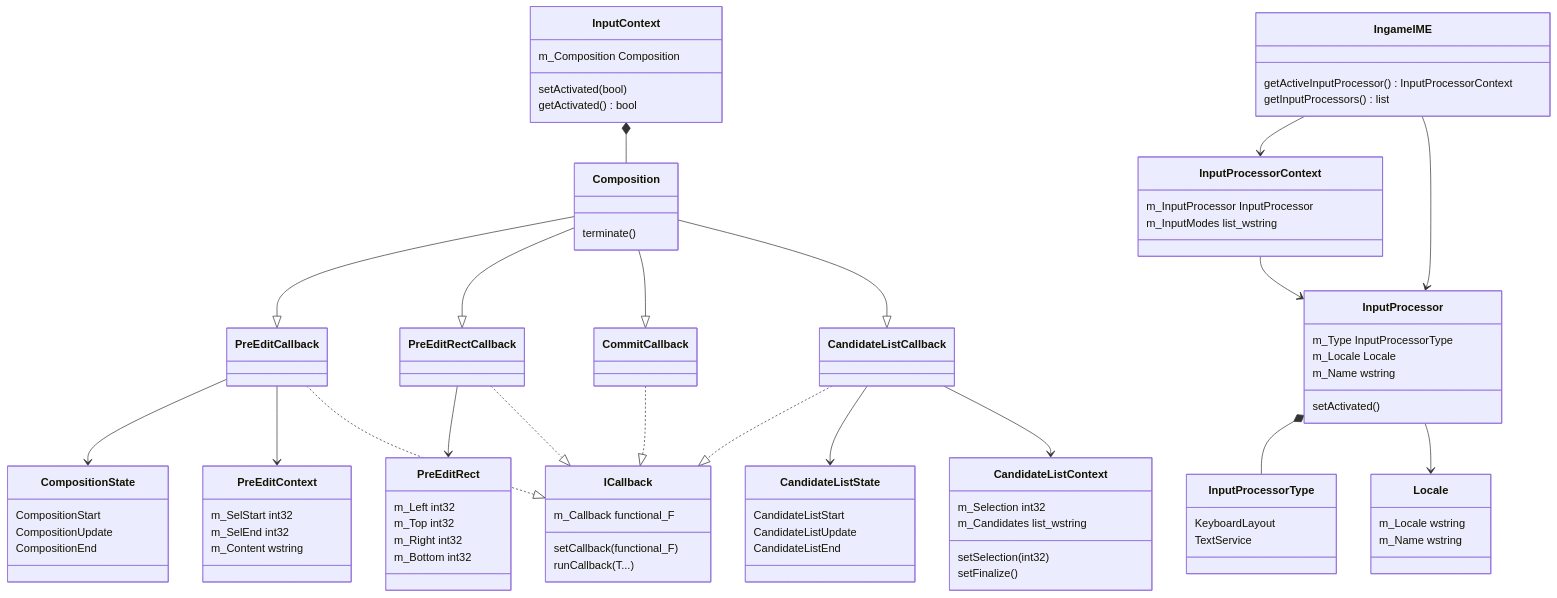
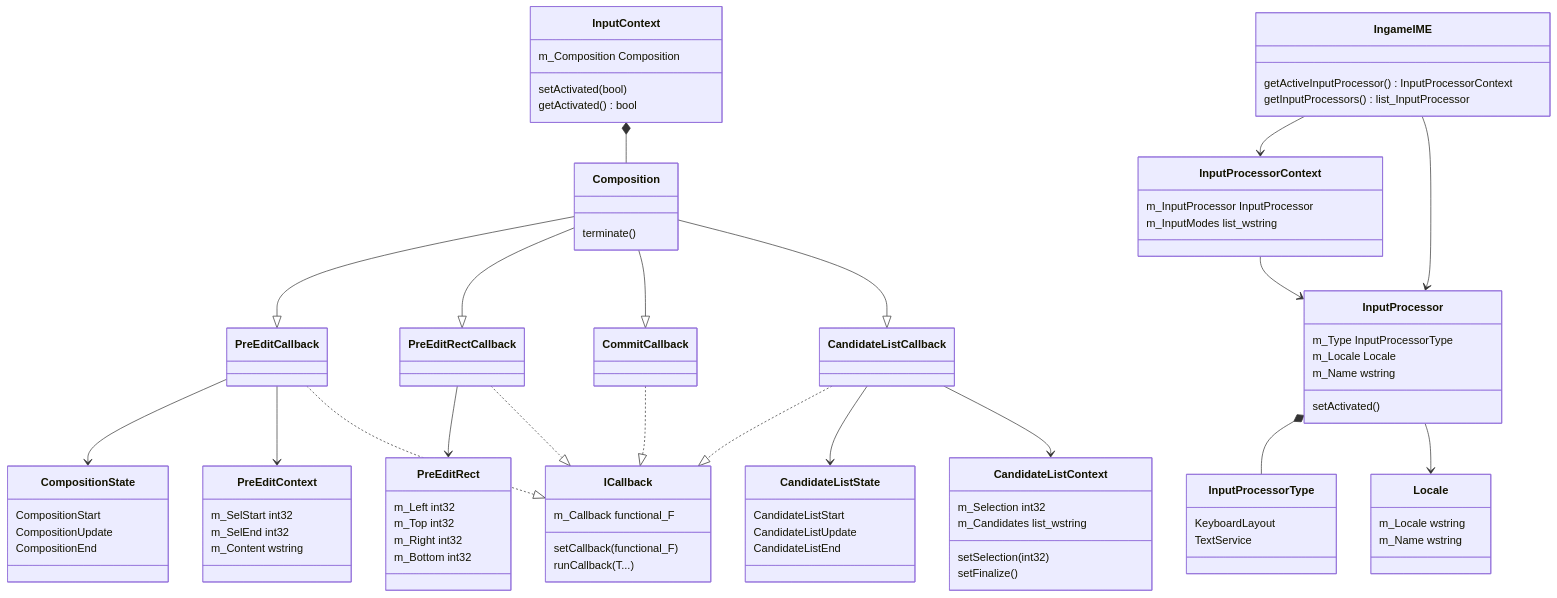
One commit to Windmill-City/IngameIME-Common changed the diagram in README.md. Above: the diagram before and after it, drawn with Mermaid.

Commit message:
Fix Mermaid syntax

```diff
--- a/README.md
+++ b/README.md
@@ -77,7 +77,7 @@
 }
 class IngameIME{
     getActiveInputProcessor() InputProcessorContext
-    getInputProcessors() list<InputProcessor>
+    getInputProcessors() list_InputProcessor
 }
 
 InputContext *-- Composition
```
